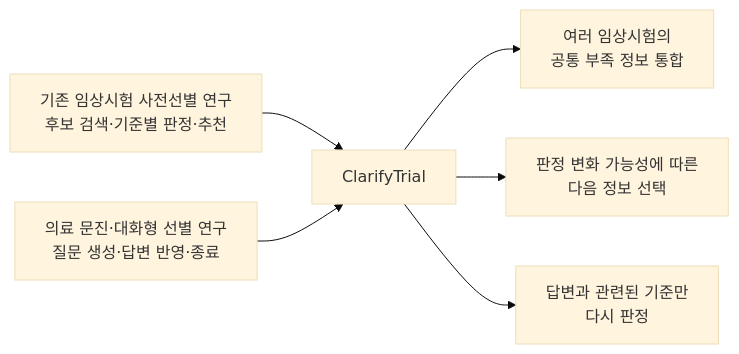
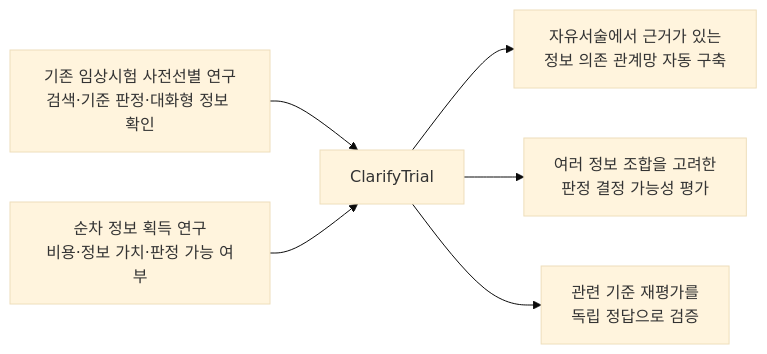
The second of 2 diagrams in README.md (health-agent/Clarifytrial), drawn with Mermaid (base theme) before and after one commit. The commit also changed other lines of this file and 5 other files, not shown here.

````diff
--- a/README.md
+++ b/README.md
@@ -940,8 +1077,8 @@
 ```mermaid
 flowchart LR
-    A["기존 임상시험 사전선별 연구<br/>후보 검색·기준별 판정·추천"] --> C["ClarifyTrial"]
-    B["의료 문진·대화형 선별 연구<br/>질문 생성·답변 반영·종료"] --> C
-    C --> D["여러 임상시험의<br/>공통 부족 정보 통합"]
-    C --> E["판정 변화 가능성에 따른<br/>다음 정보 선택"]
-    C --> F["답변과 관련된 기준만<br/>다시 판정"]
+    A["기존 임상시험 사전선별 연구<br/>검색·기준 판정·대화형 정보 확인"] --> C["ClarifyTrial"]
+    B["순차 정보 획득 연구<br/>비용·정보 가치·판정 가능 여부"] --> C
+    C --> D["자유서술에서 근거가 있는<br/>정보 의존 관계망 자동 구축"]
+    C --> E["여러 정보 조합을 고려한<br/>판정 결정 가능성 평가"]
+    C --> F["관련 기준 재평가를<br/>독립 정답으로 검증"]
 ```
````
